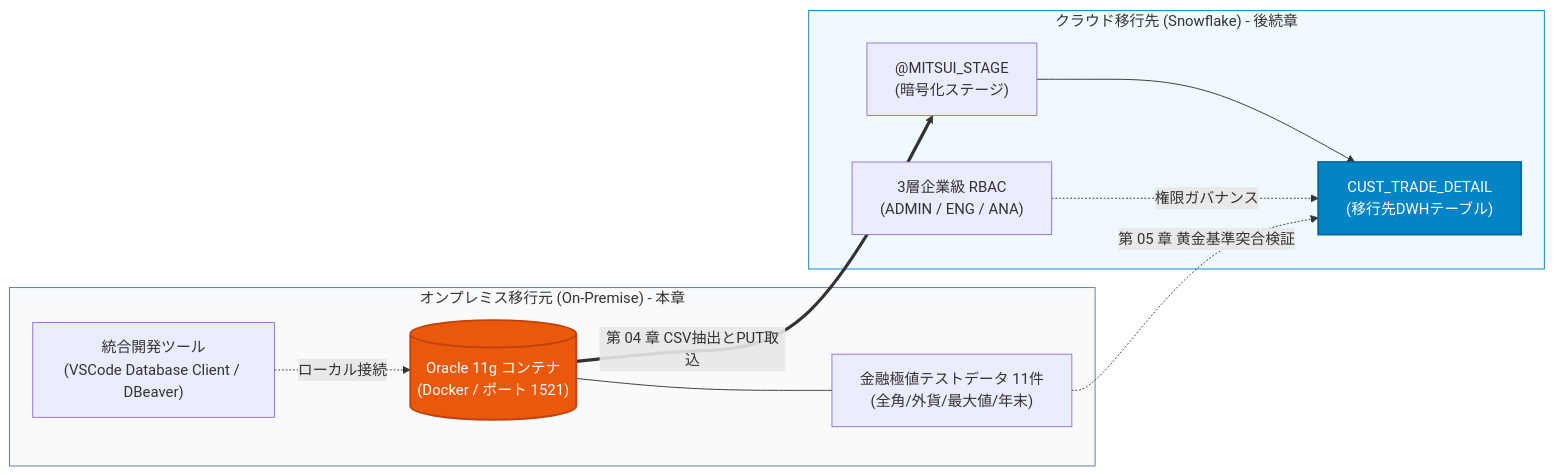
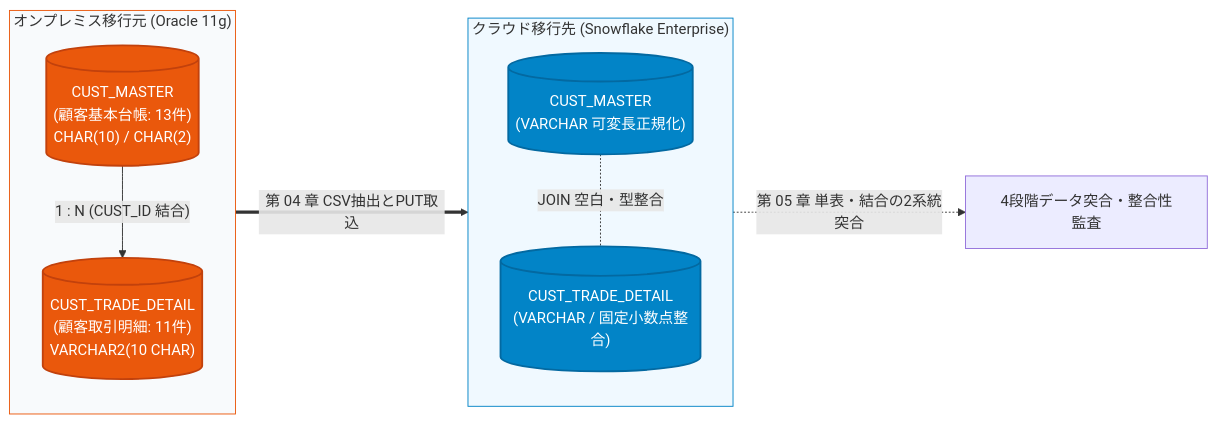
The diagram in docs/ja/02_oracle_setup_and_data.md (BIGMAX-RKO007/snowflakeblog), drawn with Mermaid before and after one commit. The commit also changed other lines of this file and 6 other files, not shown here.

Commit message:
feat(chapter02): introduce dual-table architecture (CUST_MASTER + CUST_TRADE_DETAIL) with cross-table JOIN traps and dual-track baseline

````diff
--- a/docs/ja/02_oracle_setup_and_data.md
+++ b/docs/ja/02_oracle_setup_and_data.md
@@ -13,26 +15,26 @@
 ```mermaid
 flowchart LR
-    subgraph Source ["オンプレミス移行元 (On-Premise) - 本章"]
-        ORACLE[("Oracle 11g コンテナ<br/>(Docker / ポート 1521)")]
-        SEED["金融極値テストデータ 11件<br/>(全角/外貨/最大値/年末)"]
-        TOOL["統合開発ツール<br/>(VSCode Database Client / DBeaver)"]
-        ORACLE --- SEED
-        TOOL -.->|ローカル接続| ORACLE
+    subgraph Source ["オンプレミス移行元 (Oracle 11g)"]
+        direction TB
+        M_ORA[("CUST_MASTER<br/>(顧客基本台帳: 13件)<br/>CHAR(10) / CHAR(2)")]
+        T_ORA[("CUST_TRADE_DETAIL<br/>(顧客取引明細: 11件)<br/>VARCHAR2(10 CHAR)")]
+        M_ORA -- "1 : N (CUST_ID 結合)" --> T_ORA
     end
 
-    subgraph Target ["クラウド移行先 (Snowflake) - 後続章"]
-        STAGE["@MITSUI_STAGE<br/>(暗号化ステージ)"]
-        TBL["CUST_TRADE_DETAIL<br/>(移行先DWHテーブル)"]
-        RBAC["3層企業級 RBAC<br/>(ADMIN / ENG / ANA)"]
-        STAGE --> TBL
-        RBAC -.->|権限ガバナンス| TBL
+    subgraph Target ["クラウド移行先 (Snowflake Enterprise)"]
+        direction TB
+        M_SNOW[("CUST_MASTER<br/>(VARCHAR 可変長正規化)")]
+        T_SNOW[("CUST_TRADE_DETAIL<br/>(VARCHAR / 固定小数点整合)")]
+        M_SNOW -. "JOIN 空白・型整合" .- T_SNOW
     end
 
-    ORACLE ==>|第 04 章 CSV抽出とPUT取込| STAGE
-    SEED -.->|第 05 章 黄金基準突合検証| TBL
+    Source ==>|第 04 章 CSV抽出とPUT取込| Target
+    Target -.->|第 05 章 単表・結合の2系統突合| AUDIT["4段階データ突合・整合性監査"]
 
-    style Source fill:#f8fafc,stroke:#64748b,stroke-width:1px
+    style Source fill:#f8fafc,stroke:#ea580c,stroke-width:1px
     style Target fill:#f0f9ff,stroke:#0284c7,stroke-width:1px
-    style ORACLE fill:#ea580c,stroke:#c2410c,stroke-width:2px,color:#ffffff
-    style TBL fill:#0284c7,stroke:#0369a1,stroke-width:2px,color:#ffffff
+    style M_ORA fill:#ea580c,stroke:#c2410c,stroke-width:2px,color:#ffffff
+    style T_ORA fill:#ea580c,stroke:#c2410c,stroke-width:2px,color:#ffffff
+    style M_SNOW fill:#0284c7,stroke:#0369a1,stroke-width:2px,color:#ffffff
+    style T_SNOW fill:#0284c7,stroke:#0369a1,stroke-width:2px,color:#ffffff
 ```
````
